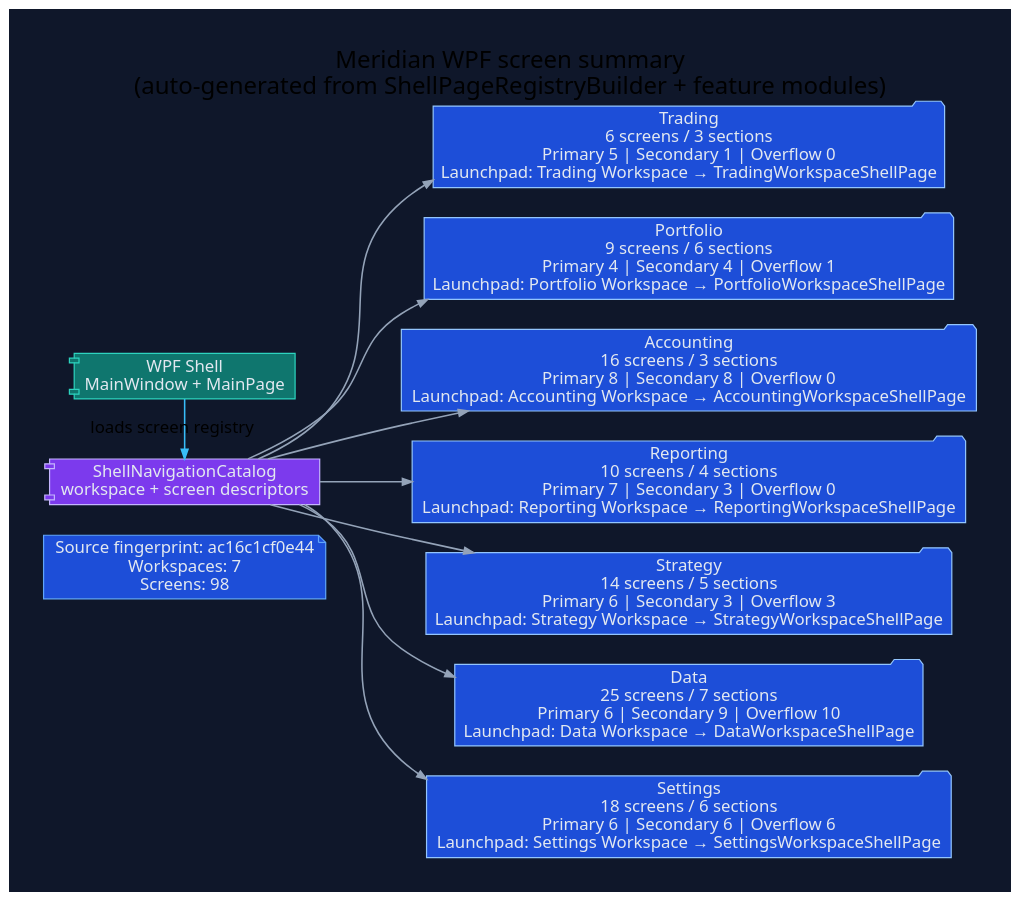
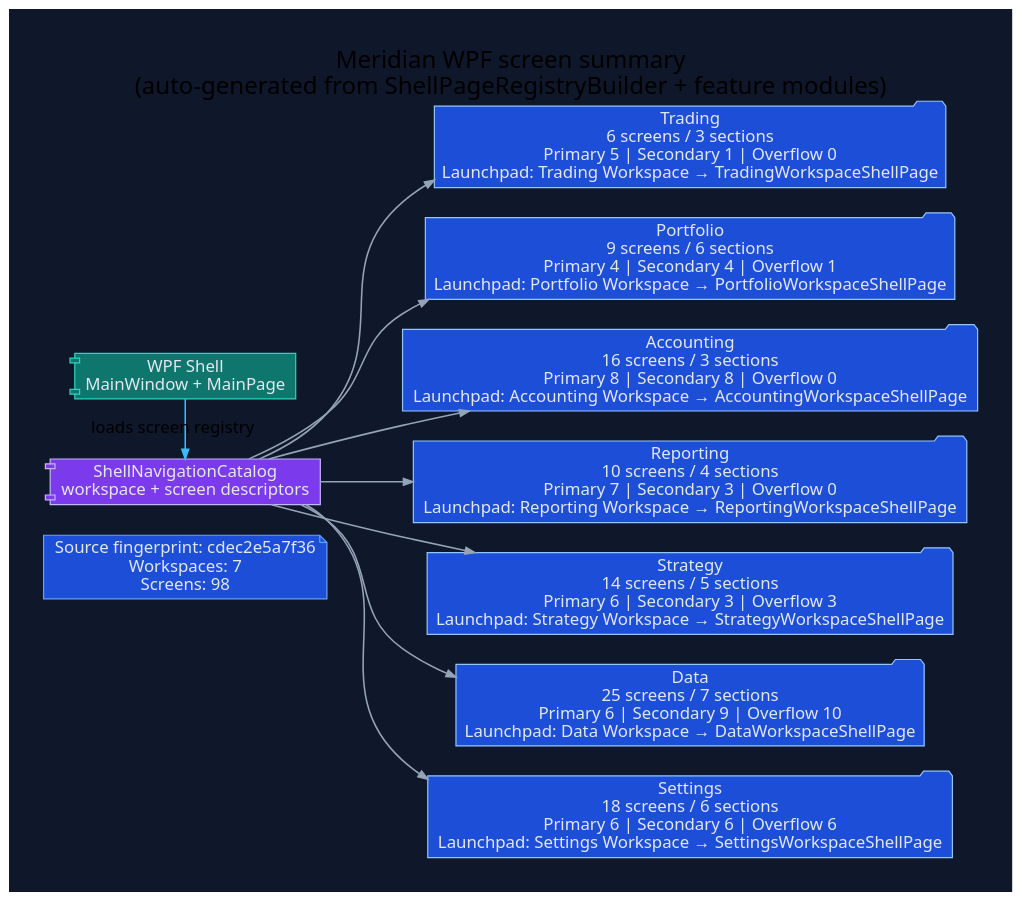
One commit to rodoHasArrived/Meridian-main changed the diagram in docs/diagrams/ui/ui-wpf-screen-summary.dot. Above: the diagram before and after it, drawn with Graphviz. The commit also changed 50 other files, not shown here.

Commit message:
Refresh generated architecture docs and fix canonical WPF test contract

```diff
--- a/docs/diagrams/ui/ui-wpf-screen-summary.dot
+++ b/docs/diagrams/ui/ui-wpf-screen-summary.dot
@@ -1,42 +1,42 @@
 // -----------------------------------------------------------------------------
 // <auto-generated>
 // Generated by scripts/generate-diagrams.mjs.
 // Do not edit this file directly; update the WPF source files instead.
 // -----------------------------------------------------------------------------
 digraph WpfScreenSummary {
   graph [
     rankdir=LR,
     labelloc=t,
     label="Meridian WPF screen summary\n(auto-generated from ShellPageRegistryBuilder + feature modules)",
     fontname="Segoe UI",
     fontsize=20,
     pad=0.4,
     nodesep=0.35,
     ranksep=0.85,
     bgcolor="#0f172a"
   ];
   node [fontname="Segoe UI", shape=box, style="rounded,filled", color="#475569", fontcolor="#e2e8f0", fillcolor="#1e293b"];
   edge [fontname="Segoe UI", color="#94a3b8", penwidth=1.3, arrowsize=0.8];
 
-  generated [shape=note, fillcolor="#1d4ed8", color="#60a5fa", label="Source fingerprint: ac16c1cf0e44\nWorkspaces: 7\nScreens: 98"];
+  generated [shape=note, fillcolor="#1d4ed8", color="#60a5fa", label="Source fingerprint: cdec2e5a7f36\nWorkspaces: 7\nScreens: 98"];
   shell [shape=component, fillcolor="#0f766e", color="#2dd4bf", label="WPF Shell\nMainWindow + MainPage"];
   catalog [shape=component, fillcolor="#7c3aed", color="#c4b5fd", label="ShellNavigationCatalog\nworkspace + screen descriptors"];
   shell -> catalog [label="loads screen registry", color="#38bdf8"];
 
   workspace_1 [shape=folder, fillcolor="#1d4ed8", color="#93c5fd", label="Trading\n6 screens / 3 sections\nPrimary 5 | Secondary 1 | Overflow 0\nLaunchpad: Trading Workspace → TradingWorkspaceShellPage"];
   catalog -> workspace_1;
   workspace_2 [shape=folder, fillcolor="#1d4ed8", color="#93c5fd", label="Portfolio\n9 screens / 6 sections\nPrimary 4 | Secondary 4 | Overflow 1\nLaunchpad: Portfolio Workspace → PortfolioWorkspaceShellPage"];
   catalog -> workspace_2;
   workspace_3 [shape=folder, fillcolor="#1d4ed8", color="#93c5fd", label="Accounting\n16 screens / 3 sections\nPrimary 8 | Secondary 8 | Overflow 0\nLaunchpad: Accounting Workspace → AccountingWorkspaceShellPage"];
   catalog -> workspace_3;
   workspace_4 [shape=folder, fillcolor="#1d4ed8", color="#93c5fd", label="Reporting\n10 screens / 4 sections\nPrimary 7 | Secondary 3 | Overflow 0\nLaunchpad: Reporting Workspace → ReportingWorkspaceShellPage"];
   catalog -> workspace_4;
   workspace_5 [shape=folder, fillcolor="#1d4ed8", color="#93c5fd", label="Strategy\n14 screens / 5 sections\nPrimary 6 | Secondary 3 | Overflow 3\nLaunchpad: Strategy Workspace → StrategyWorkspaceShellPage"];
   catalog -> workspace_5;
   workspace_6 [shape=folder, fillcolor="#1d4ed8", color="#93c5fd", label="Data\n25 screens / 7 sections\nPrimary 6 | Secondary 9 | Overflow 10\nLaunchpad: Data Workspace → DataWorkspaceShellPage"];
   catalog -> workspace_6;
   workspace_7 [shape=folder, fillcolor="#1d4ed8", color="#93c5fd", label="Settings\n18 screens / 6 sections\nPrimary 6 | Secondary 6 | Overflow 6\nLaunchpad: Settings Workspace → SettingsWorkspaceShellPage"];
   catalog -> workspace_7;
 
   { rank=min; generated; shell; catalog; }
 }
```
